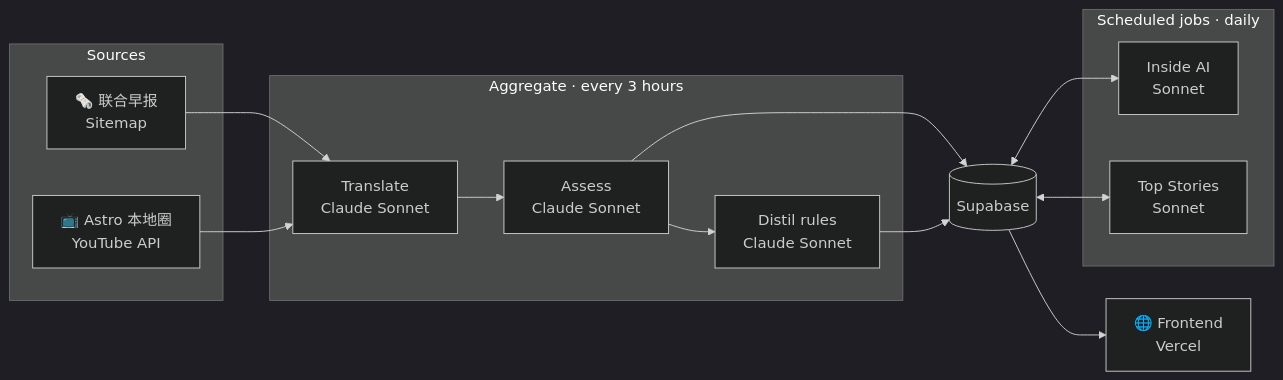
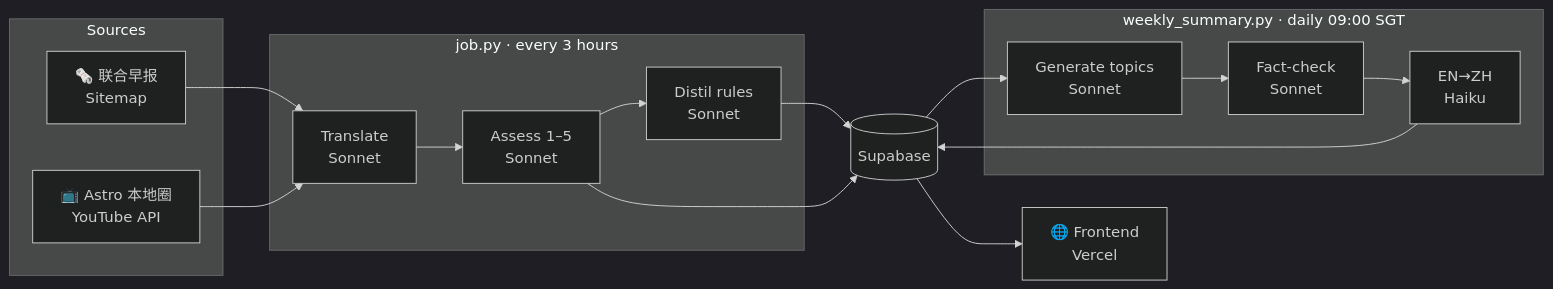
Before and after one commit to chiaweiwoo/news-aggregrator: the diagram in README.md, drawn with Mermaid (dark theme). The commit also changed other lines of this file, not shown here.

````diff
--- a/README.md
+++ b/README.md
@@ -40,30 +57,32 @@
 ```mermaid
 flowchart LR
     subgraph src["Sources"]
         ZB["🗞️ 联合早报\nSitemap"]
         YT["📺 Astro 本地圈\nYouTube API"]
     end
 
-    subgraph agg["Aggregate · every 3 hours"]
-        TR["Translate\nClaude Sonnet"]
-        AS["Assess\nClaude Sonnet"]
-        DR["Distil rules\nClaude Sonnet"]
+    subgraph agg["job.py · every 3 hours"]
+        TR["Translate\nSonnet"]
+        AS["Assess 1–5\nSonnet"]
+        DR["Distil rules\nSonnet"]
         TR --> AS --> DR
     end
 
     DB[("Supabase")]
 
-    subgraph scheduled["Scheduled jobs · daily"]
-        DG["Inside AI\nSonnet"]
-        WS["Top Stories\nSonnet"]
+    subgraph daily["weekly_summary.py · daily 09:00 SGT"]
+        P1["Generate topics\nSonnet"]
+        P2["Fact-check\nSonnet"]
+        P3["EN→ZH\nHaiku"]
+        P1 --> P2 --> P3
     end
 
     FE["🌐 Frontend\nVercel"]
 
     ZB & YT --> TR
+    DR --> DB
     AS --> DB
-    DR --> DB
-    DB <--> DG
-    DB <--> WS
+    DB --> P1
+    P3 --> DB
     DB --> FE
 ```
````
